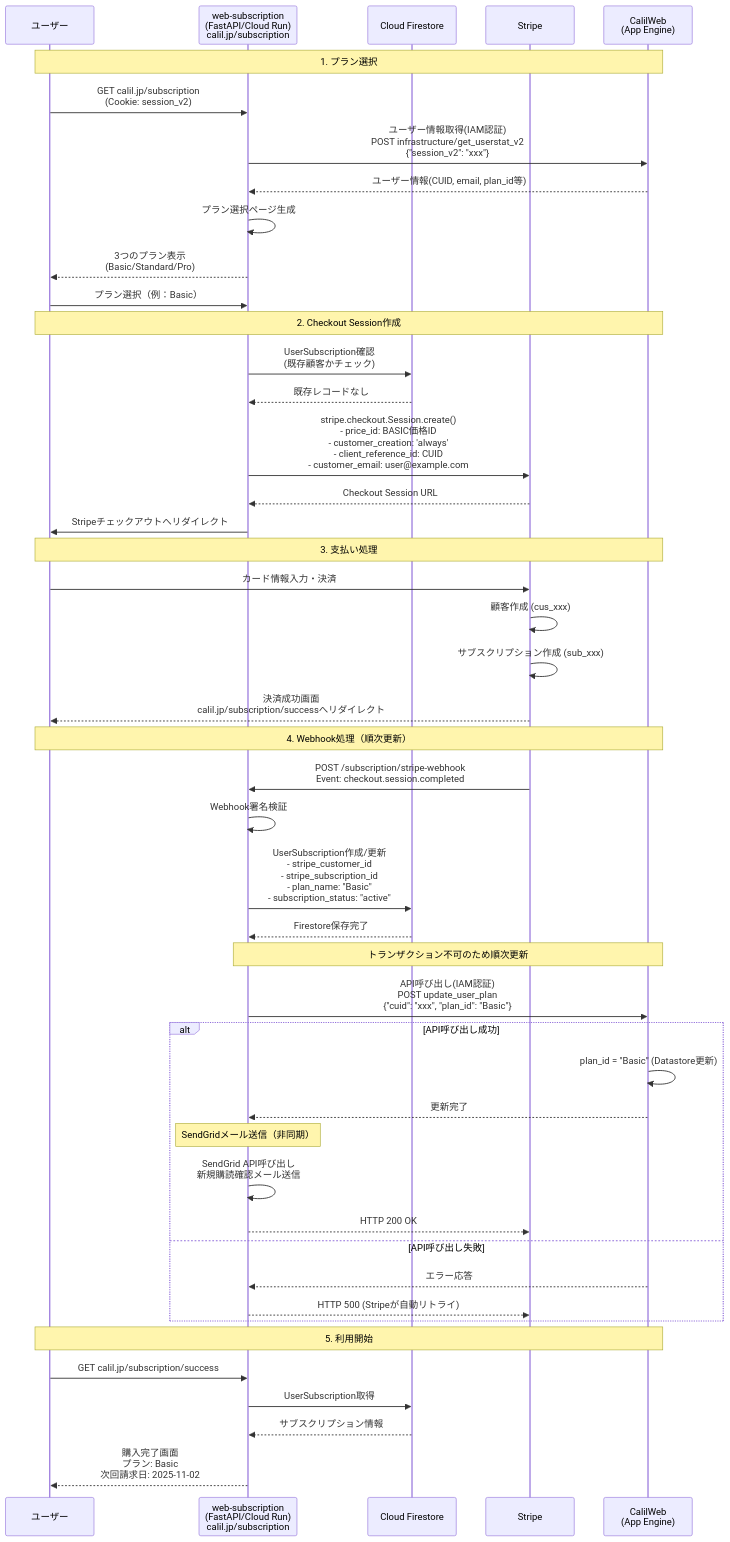
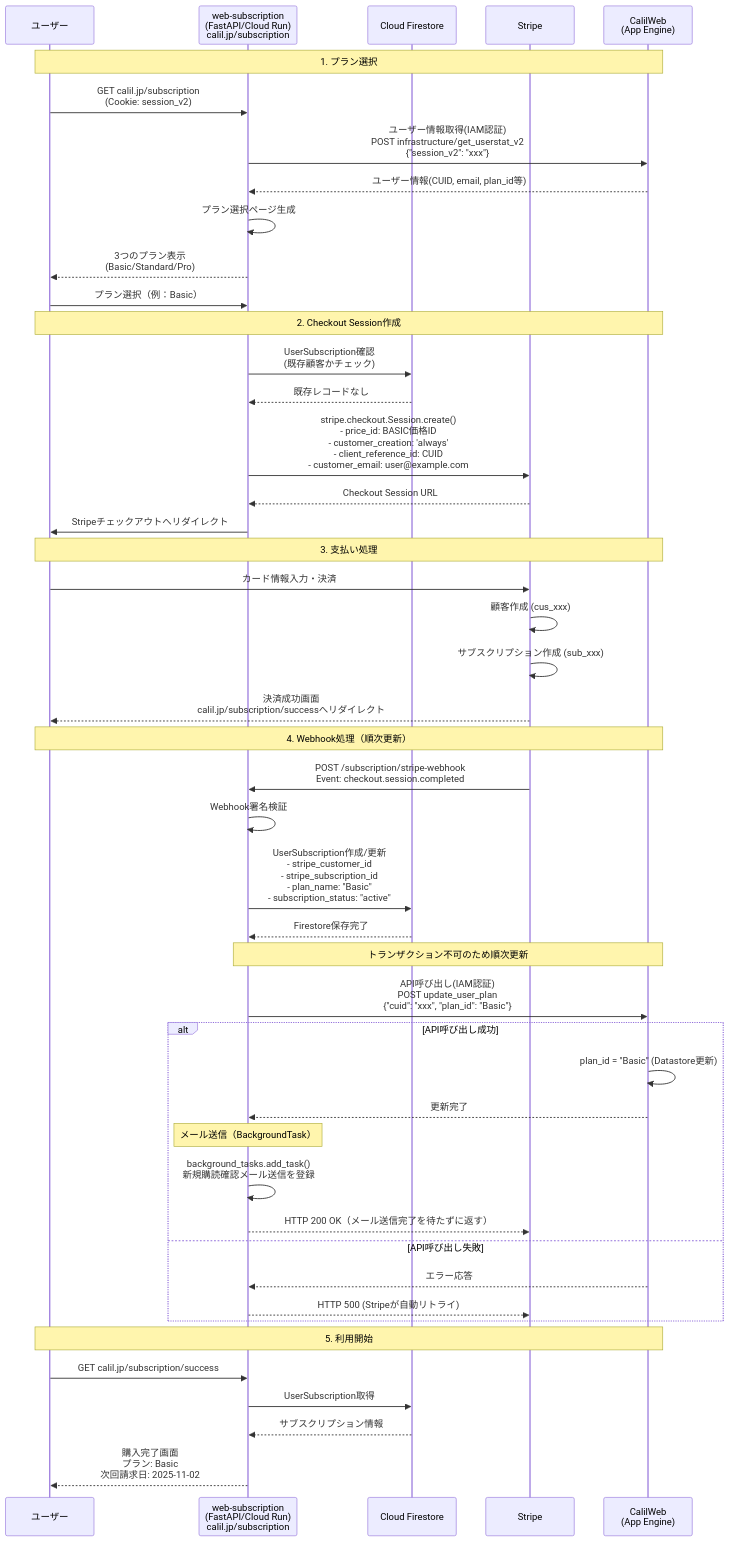
Before and after one commit to CALIL/web-subscription: the diagram in Claude.md, drawn with Mermaid. The commit also changed other lines of this file, not shown here.

````diff
--- a/Claude.md
+++ b/Claude.md
@@ -393,56 +437,56 @@
 ```mermaid
 sequenceDiagram
     participant U as ユーザー
     participant S as web-subscription<br/>(FastAPI/Cloud Run)<br/>calil.jp/subscription
     participant DS as Cloud Firestore
     participant ST as Stripe
     participant CW as CalilWeb<br/>(App Engine)
 
     Note over U,CW: 1. プラン選択
     U->>S: GET calil.jp/subscription<br/>(Cookie: session_v2)
     S->>CW: ユーザー情報取得(IAM認証)<br/>POST infrastructure/get_userstat_v2<br/>{"session_v2": "xxx"}
     CW-->>S: ユーザー情報(CUID, email, plan_id等)
     S->>S: プラン選択ページ生成
     S-->>U: 3つのプラン表示<br/>(Basic/Standard/Pro)
     U->>S: プラン選択（例：Basic）
 
     Note over U,CW: 2. Checkout Session作成
     S->>DS: UserSubscription確認<br/>(既存顧客かチェック)
     DS-->>S: 既存レコードなし
 
     S->>ST: stripe.checkout.Session.create()<br/>- price_id: BASIC価格ID<br/>- customer_creation: 'always'<br/>- client_reference_id: CUID<br/>- customer_email: user@example.com
     ST-->>S: Checkout Session URL
     S->>U: Stripeチェックアウトへリダイレクト
 
     Note over U,CW: 3. 支払い処理
     U->>ST: カード情報入力・決済
     ST->>ST: 顧客作成 (cus_xxx)
     ST->>ST: サブスクリプション作成 (sub_xxx)
     ST-->>U: 決済成功画面<br/>calil.jp/subscription/successへリダイレクト
 
     Note over U,CW: 4. Webhook処理（順次更新）
     ST->>S: POST /subscription/stripe-webhook<br/>Event: checkout.session.completed
     S->>S: Webhook署名検証
     S->>DS: UserSubscription作成/更新<br/>- stripe_customer_id<br/>- stripe_subscription_id<br/>- plan_name: "Basic"<br/>- subscription_status: "active"
     DS-->>S: Firestore保存完了
 
     Note over S,CW: トランザクション不可のため順次更新
     S->>CW: API呼び出し(IAM認証)<br/>POST update_user_plan<br/>{"cuid": "xxx", "plan_id": "Basic"}
     alt API呼び出し成功
         CW->>CW: plan_id = "Basic" (Datastore更新)
         CW-->>S: 更新完了
 
-        Note over S: SendGridメール送信（非同期）
-        S->>S: SendGrid API呼び出し<br/>新規購読確認メール送信
-        S-->>ST: HTTP 200 OK
+        Note over S: メール送信（BackgroundTask）
+        S->>S: background_tasks.add_task()<br/>新規購読確認メール送信を登録
+        S-->>ST: HTTP 200 OK（メール送信完了を待たずに返す）
     else API呼び出し失敗
         CW-->>S: エラー応答
         S-->>ST: HTTP 500 (Stripeが自動リトライ)
     end
 
     Note over U,CW: 5. 利用開始
     U->>S: GET calil.jp/subscription/success
     S->>DS: UserSubscription取得
     DS-->>S: サブスクリプション情報
     S-->>U: 購入完了画面<br/>プラン: Basic<br/>次回請求日: 2025-11-02
 ```
````
